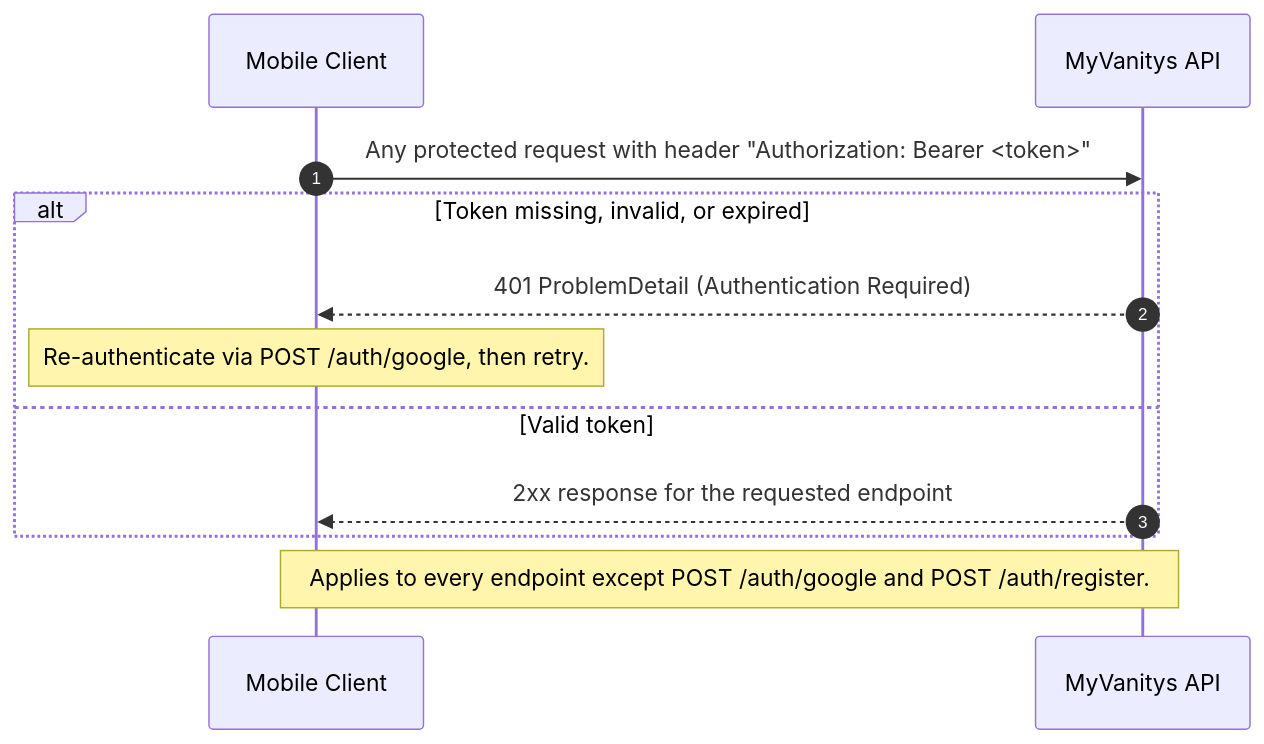
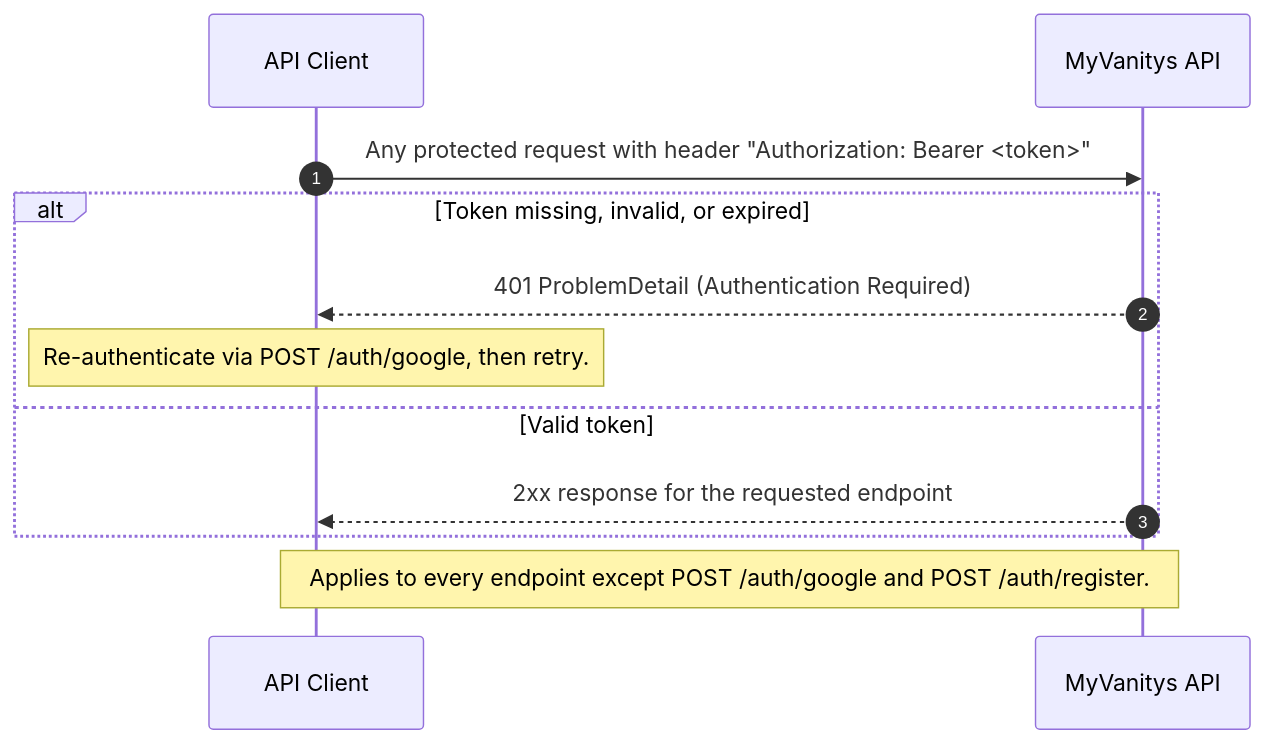
One commit to karepanda/myvanitys-api changed the diagram in doc/sequenceDiagrams/authenticatedRequest.mermaid. Above: the diagram before and after it, drawn with Mermaid. The commit also changed 6 other files, not shown here.

Commit message:
Bump version to 0.1.6 in `pom.xml` and update sequence diagrams to replace "Mobile Client" with "API Client" for consistency.

```diff
--- a/doc/sequenceDiagrams/authenticatedRequest.mermaid
+++ b/doc/sequenceDiagrams/authenticatedRequest.mermaid
@@ -1,15 +1,15 @@
 sequenceDiagram
     autonumber
-    participant C as Mobile Client
+    participant C as API Client
     participant A as MyVanitys API
 
     C->>A: Any protected request with header "Authorization: Bearer <token>"
 
     alt Token missing, invalid, or expired
         A-->>C: 401 ProblemDetail (Authentication Required)
         Note over C: Re-authenticate via POST /auth/google, then retry.
     else Valid token
         A-->>C: 2xx response for the requested endpoint
     end
 
     Note over C,A: Applies to every endpoint except POST /auth/google and POST /auth/register.
```
